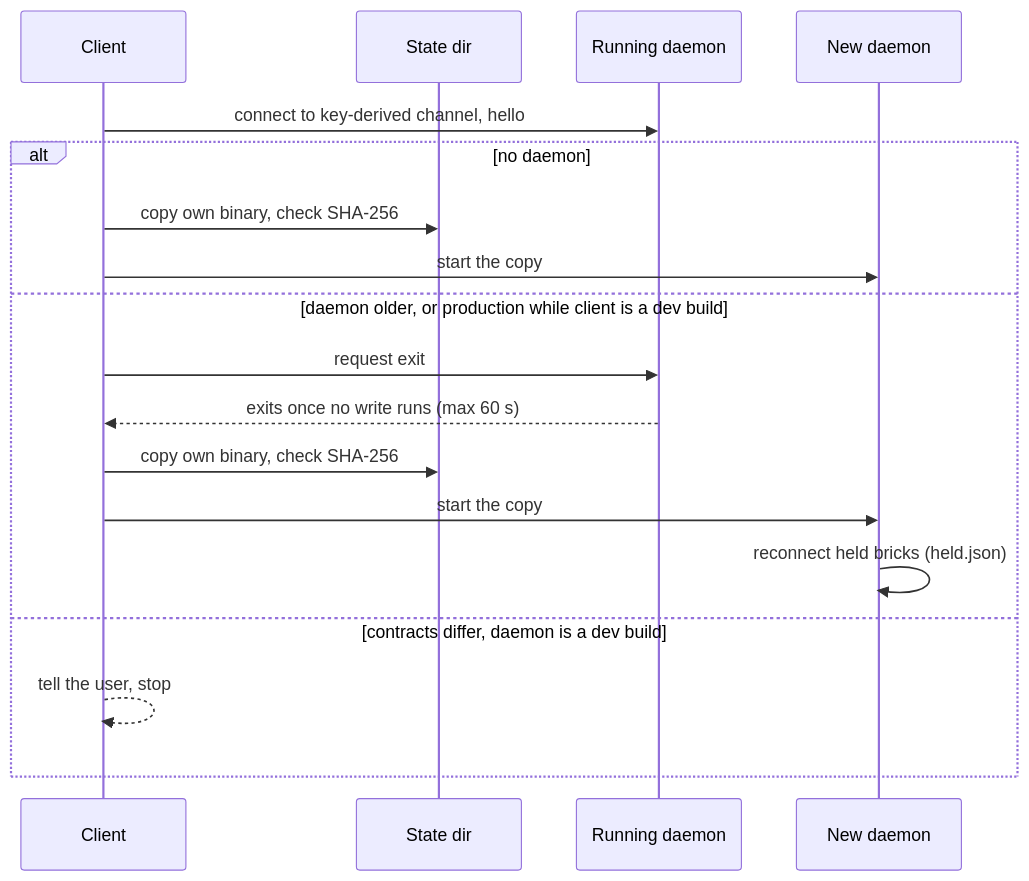
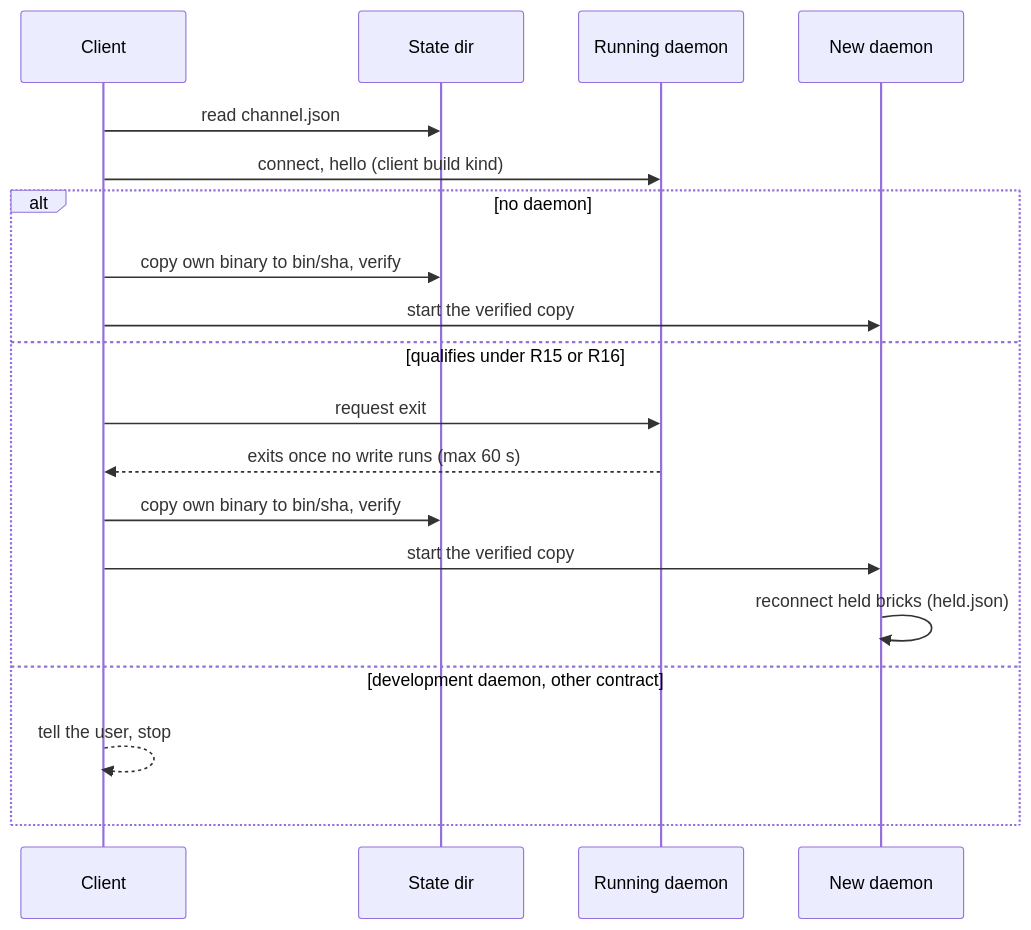
One commit to 99LevelsUp/ev3-cockpit changed the third of 4 diagrams in docs/plans/2026-11-20-1845-refactor-native-daemon-plan.md. Above: the diagram before and after it, drawn with Mermaid. The commit also changed other lines of this file and 1 other file, not shown here.

Commit message:
docs(plan): deepen the native daemon plan with architecture and security review

````diff
--- a/docs/plans/2026-11-20-1845-refactor-native-daemon-plan.md
+++ b/docs/plans/2026-11-20-1845-refactor-native-daemon-plan.md
@@ -243,20 +280,21 @@
 ```mermaid
 sequenceDiagram
   participant C as Client
   participant F as State dir
   participant O as Running daemon
   participant N as New daemon
-  C->>O: connect to key-derived channel, hello
+  C->>F: read channel.json
+  C->>O: connect, hello (client build kind)
   alt no daemon
-    C->>F: copy own binary, check SHA-256
-    C->>N: start the copy
-  else daemon older, or production while client is a dev build
+    C->>F: copy own binary to bin/sha, verify
+    C->>N: start the verified copy
+  else qualifies under R15 or R16
     C->>O: request exit
     O-->>C: exits once no write runs (max 60 s)
-    C->>F: copy own binary, check SHA-256
-    C->>N: start the copy
+    C->>F: copy own binary to bin/sha, verify
+    C->>N: start the verified copy
     N->>N: reconnect held bricks (held.json)
-  else contracts differ, daemon is a dev build
+  else development daemon, other contract
     C-->>C: tell the user, stop
   end
 ```
````
